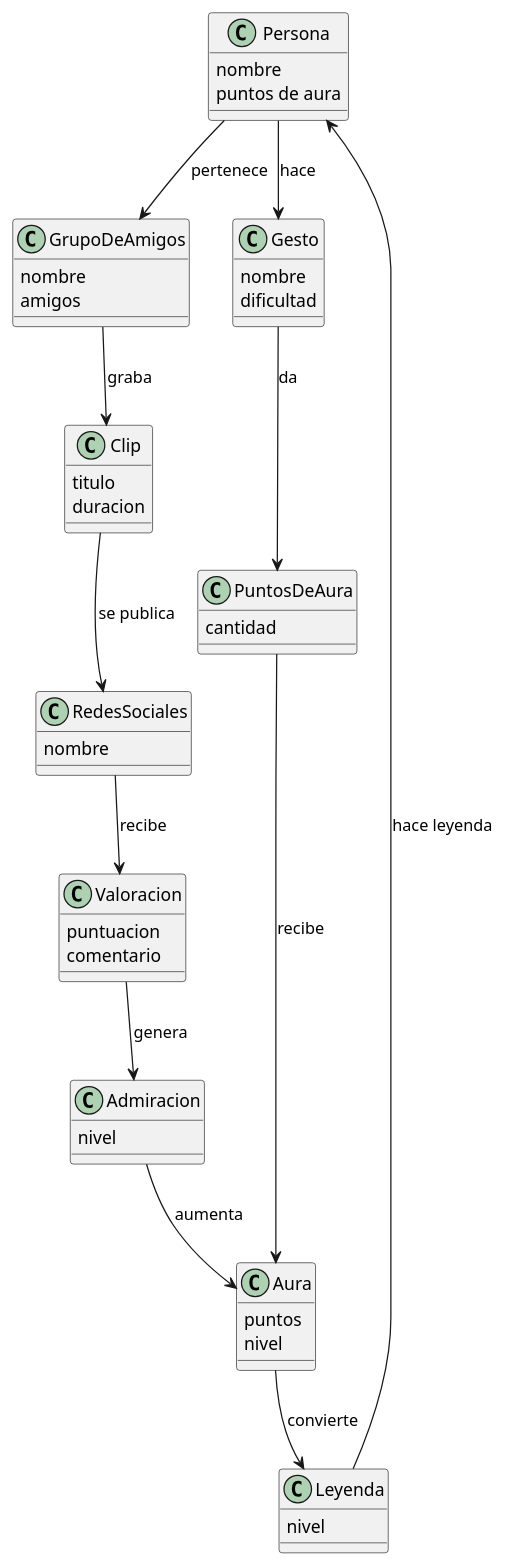
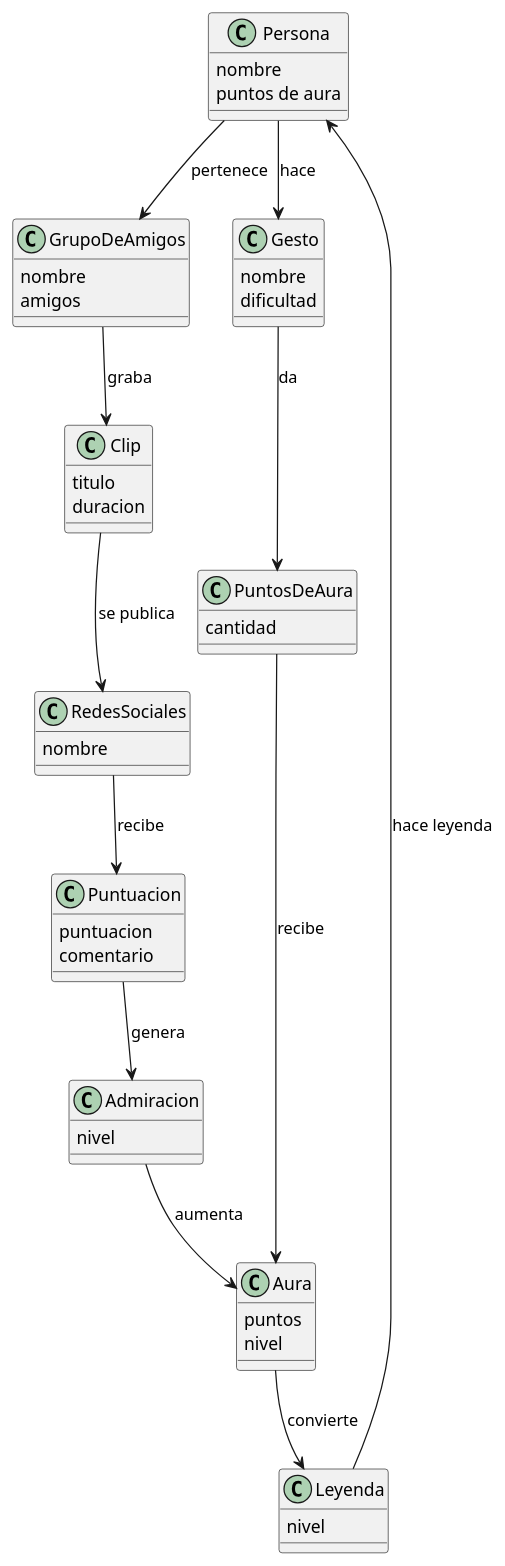
One commit to Alejandracuesta/26-27-idsw1-AC changed the diagram in entregas/cuestaAlejandra/modelosUML/version3/diagramaclase.puml. Above: the diagram before and after it, drawn with PlantUML. The commit also changed 18 other files, not shown here.

Commit message:
Correccion de Vocabulario de los diagramas y enlaces

```diff
--- a/entregas/cuestaAlejandra/modelosUML/version3/diagramaclase.puml
+++ b/entregas/cuestaAlejandra/modelosUML/version3/diagramaclase.puml
@@ -1,61 +1,61 @@
 @startuml
 
 class Persona {
     nombre
     puntos de aura
 }
 
 class GrupoDeAmigos {
     nombre
     amigos
 }
 
 class Gesto {
     nombre
     dificultad
 }
 
 class PuntosDeAura {
     cantidad
 }
 
 class Aura {
     puntos
     nivel
 }
 
 class Clip {
     titulo
     duracion
 }
 
 class RedesSociales {
     nombre
 }
 
-class Valoracion {
+class Puntuacion {
     puntuacion
     comentario
 }
 
 class Admiracion {
     nivel
 }
 
 class Leyenda {
     nivel
 }
 
 Persona --> GrupoDeAmigos : pertenece
 Persona --> Gesto : hace
 Gesto --> PuntosDeAura : da
 PuntosDeAura --> Aura : recibe
 GrupoDeAmigos --> Clip : graba
 Clip --> RedesSociales : se publica
-RedesSociales --> Valoracion : recibe
-Valoracion --> Admiracion : genera
+RedesSociales --> Puntuacion : recibe
+Puntuacion --> Admiracion : genera
 Admiracion --> Aura : aumenta
 Aura --> Leyenda : convierte
 Leyenda --> Persona : hace leyenda
 
 @enduml
```
